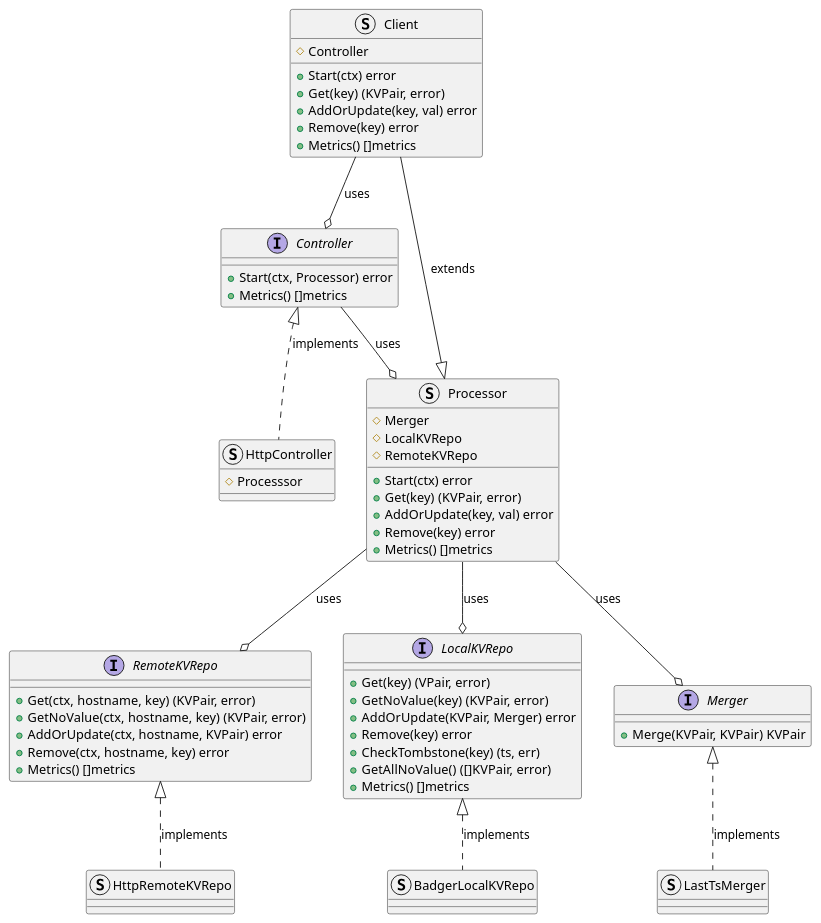
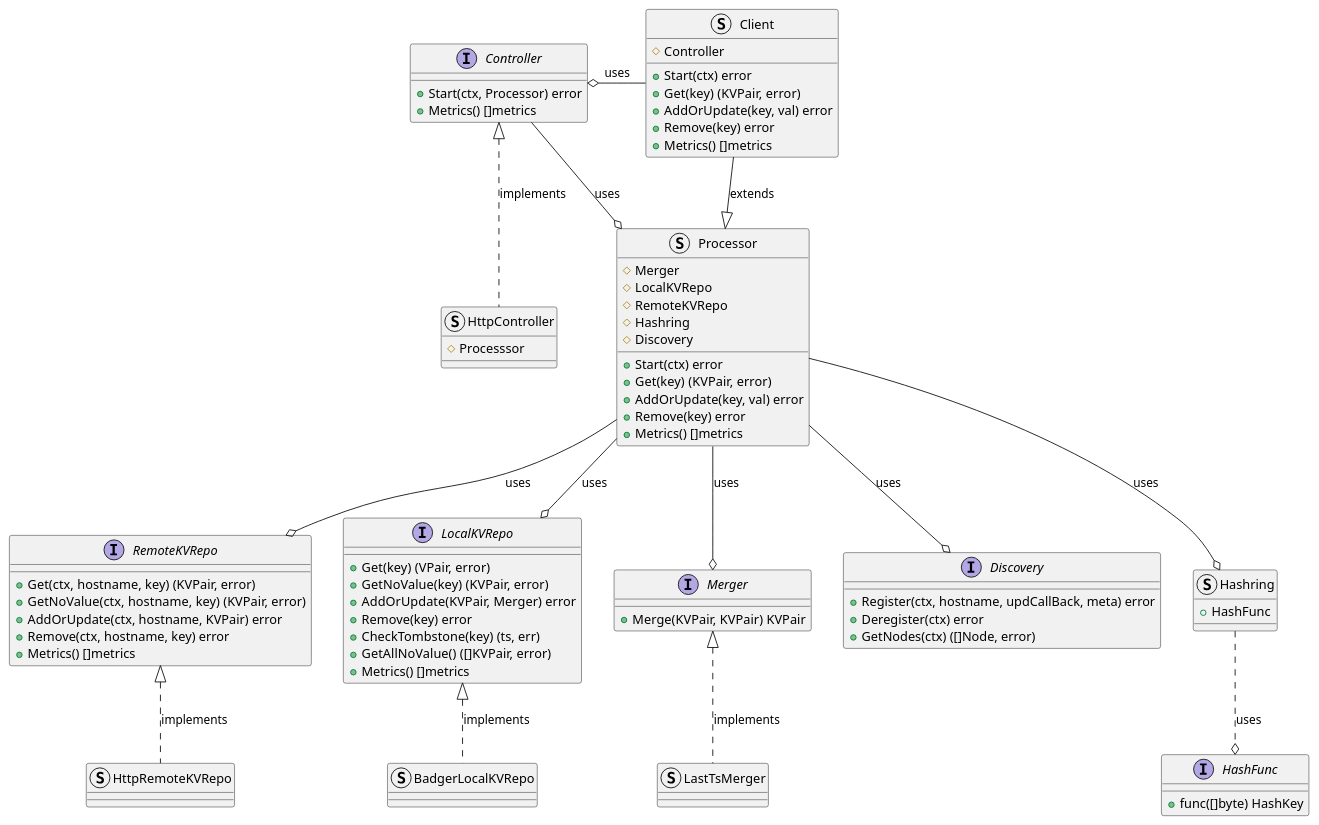
The first of 2 diagrams in README.md (horockey/dkv), drawn with PlantUML before and after one commit. The commit also changed other lines of this file and 2 other files, not shown here.

Commit message:
docs: upd readme

````diff
--- a/README.md
+++ b/README.md
@@ -7,4 +7,5 @@
 ```puml
+
 struct Client{
     # Controller
     + Start(ctx) error
@@ -15,15 +16,34 @@
 }
 
 struct Processor{
+    # Merger
+    # LocalKVRepo
+    # RemoteKVRepo
+    # Hashring
+    # Discovery
+
     + Start(ctx) error
     + Get(key) (KVPair, error)
     + AddOrUpdate(key, val) error
     + Remove(key) error
     + Metrics() []metrics
-    # Merger
-    # LocalKVRepo
-    # RemoteKVRepo
 }
+
+interface Discovery{
+    + Register(ctx, hostname, updCallBack, meta) error
+    + Deregister(ctx) error
+    + GetNodes(ctx) ([]Node, error)
+}
+
+struct Hashring{
+    + HashFunc
+}
+
+Interface HashFunc{
+    + func([]byte) HashKey
+}
+
+Hashring ..o HashFunc: uses
 
 interface Merger{
     + Merge(KVPair, KVPair) KVPair
@@ -42,11 +62,11 @@
 
 interface LocalKVRepo{
     + Get(key) (VPair, error)
- + GetNoValue(key) (KVPair, error)
- + AddOrUpdate(KVPair, Merger) error
- + Remove(key) error
- + CheckTombstone(key) (ts, err)
- + GetAllNoValue() ([]KVPair, error)
+    + GetNoValue(key) (KVPair, error)
+    + AddOrUpdate(KVPair, Merger) error
+    + Remove(key) error
+    + CheckTombstone(key) (ts, err)
+    + GetAllNoValue() ([]KVPair, error)
     + Metrics() []metrics
 }
 struct BadgerLocalKVRepo
@@ -54,18 +74,20 @@
 
 interface RemoteKVRepo{
     + Get(ctx, hostname, key) (KVPair, error)
- + GetNoValue(ctx, hostname, key) (KVPair, error)
- + AddOrUpdate(ctx, hostname, KVPair) error
- + Remove(ctx, hostname, key) error
+    + GetNoValue(ctx, hostname, key) (KVPair, error)
+    + AddOrUpdate(ctx, hostname, KVPair) error
+    + Remove(ctx, hostname, key) error
     + Metrics() []metrics
 }
 struct HttpRemoteKVRepo
 HttpRemoteKVRepo .up.|> RemoteKVRepo: implements
 
 Client --|> Processor: extends
-Client --o Controller: uses
+Client -left-o Controller: uses
 Controller --o Processor: uses
 Processor --o Merger: uses
 Processor --o LocalKVRepo: uses
 Processor --o RemoteKVRepo: uses
+Processor --o Hashring: uses
+Processor --o Discovery: uses
 ```
````
